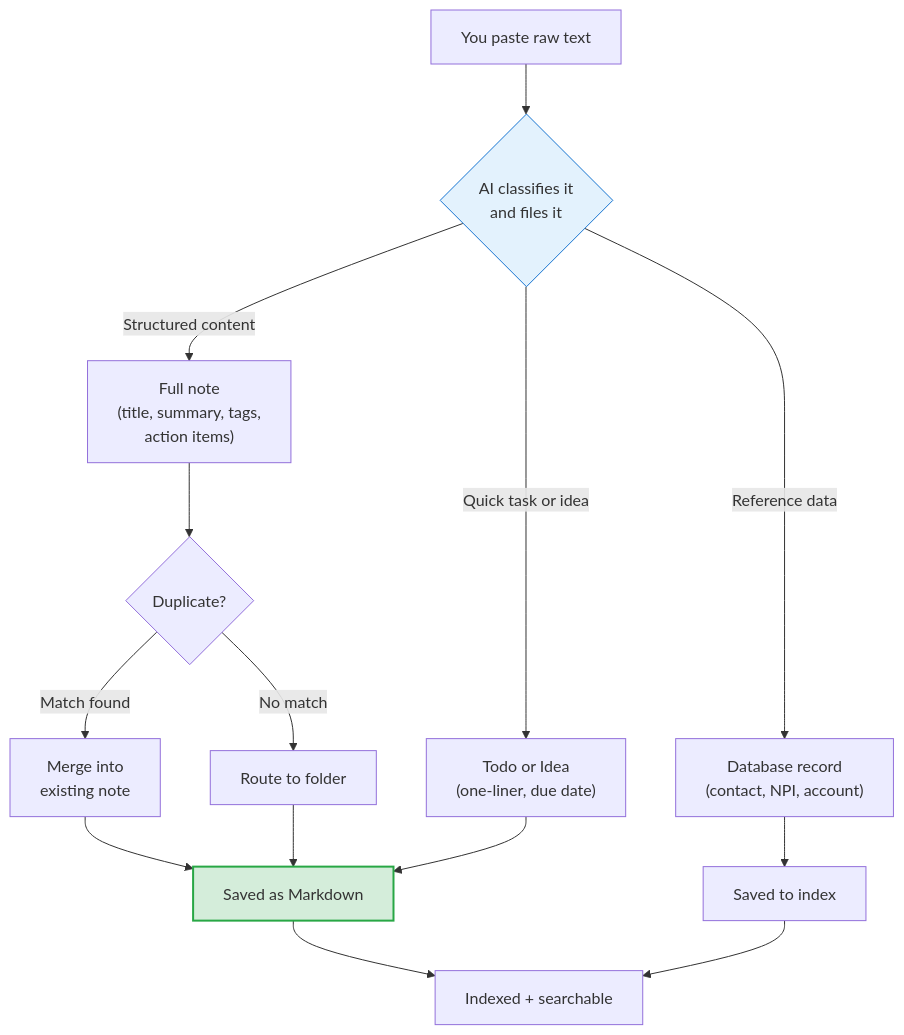
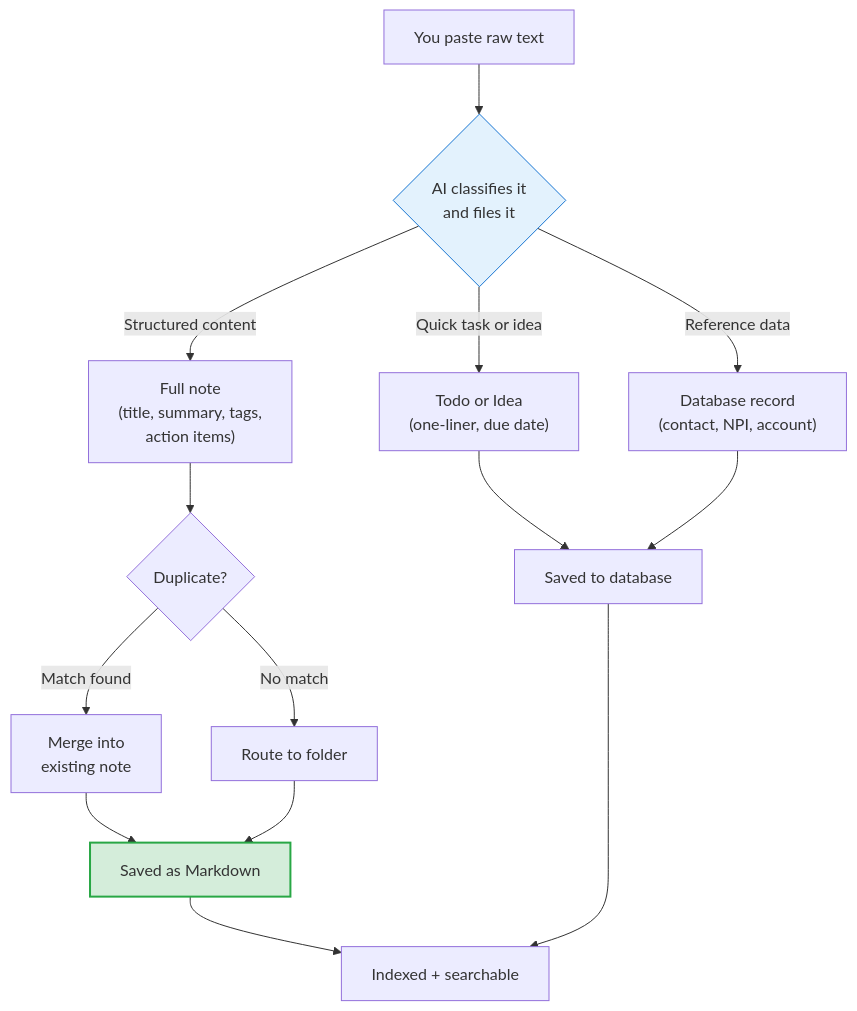
The first of 2 diagrams in README.md (chloeliu/notely), drawn with Mermaid before and after one commit. The commit also changed other lines of this file and 9 other files, not shown here.

````diff
--- a/README.md
+++ b/README.md
@@ -152,19 +182,19 @@
 ```mermaid
 flowchart TD
     A["You paste raw text"] --> B{"AI classifies it<br/>and files it"}
     B -->|"Structured content"| C["Full note<br/>(title, summary, tags,<br/>action items)"]
     B -->|"Quick task or idea"| D["Todo or Idea<br/>(one-liner, due date)"]
     B -->|"Reference data"| E["Database record<br/>(contact, NPI, account)"]
     C --> F{"Duplicate?"}
     F -->|"Match found"| G["Merge into<br/>existing note"]
     F -->|"No match"| H["Route to folder"]
     G --> I["Saved as Markdown"]
     H --> I
-    D --> I
-    E --> J["Saved to index"]
+    D --> J["Saved to database"]
+    E --> J
     I --> K["Indexed + searchable"]
     J --> K
 
     style B fill:#e3f2fd,stroke:#1976d2
     style I fill:#d4edda,stroke:#28a745,stroke-width:2px
 ```
````
